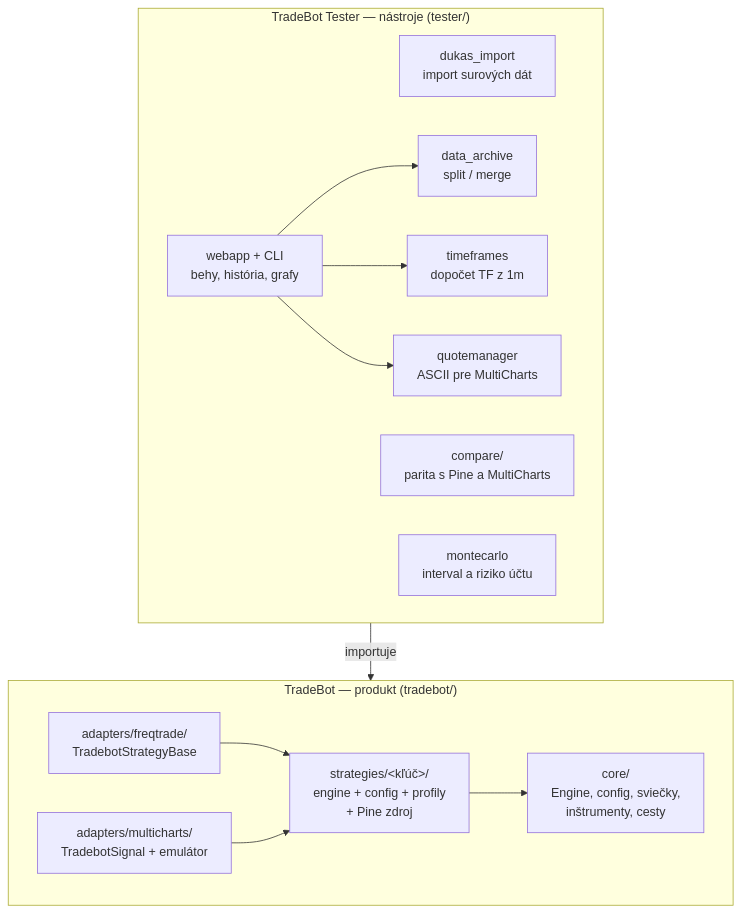
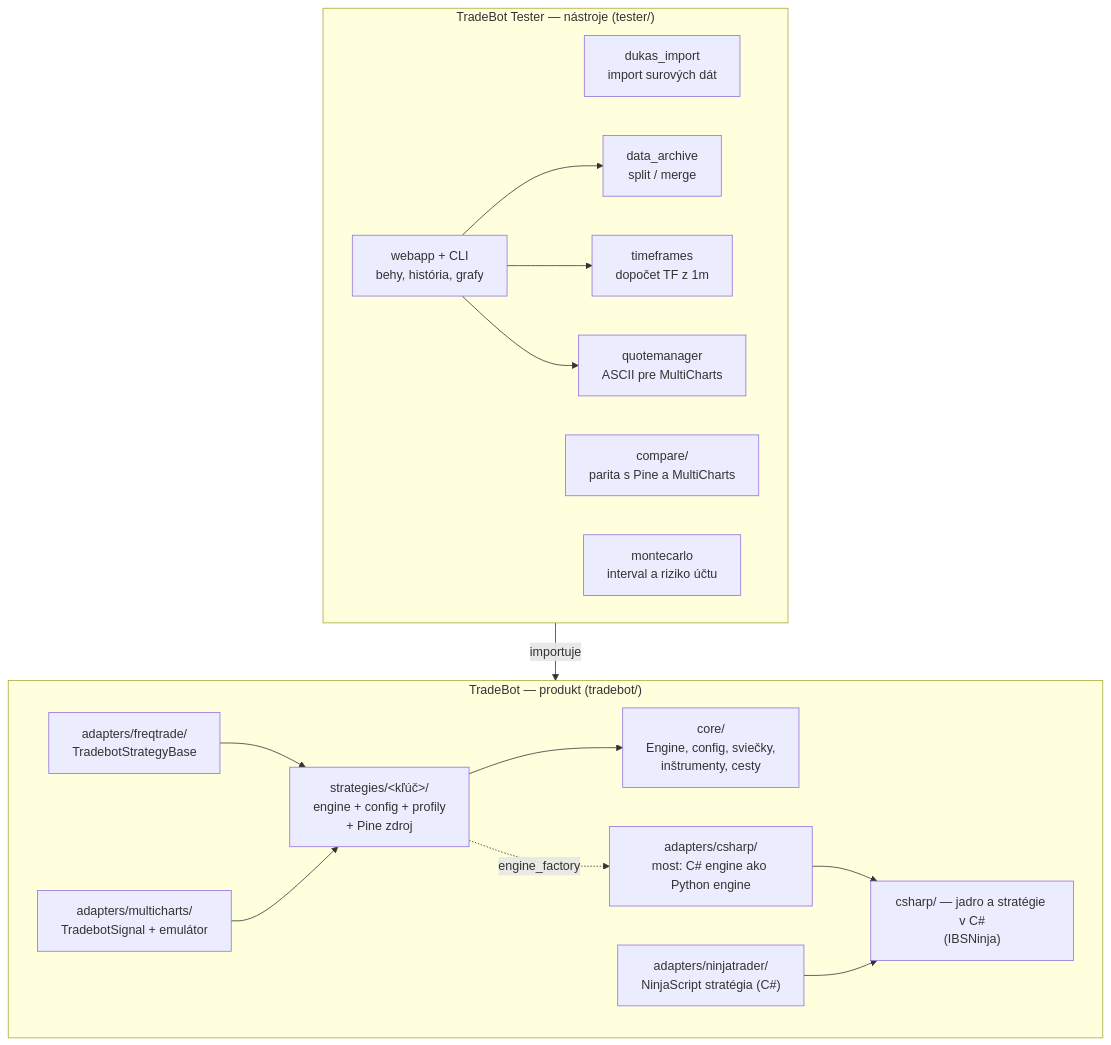
Before and after one commit to materko/imbalance_strategy: the first of 3 diagrams in docs/ARCHITEKTURA.md, drawn with Mermaid. The commit also changed other lines of this file and 80 other files, not shown here.

First line of the commit message:
Zdokumentuj C# jadro a NinjaTrader vetvu, zmeraj paritu IBSNinja s IBS a pridaj jej analytiku

````diff
--- a/docs/ARCHITEKTURA.md
+++ b/docs/ARCHITEKTURA.md
@@ -12,27 +12,33 @@
 ```mermaid
 flowchart TB
     subgraph P["TradeBot — produkt (tradebot/)"]
         core["core/<br/>Engine, config, sviečky,<br/>inštrumenty, cesty"]
         strat["strategies/&lt;kľúč&gt;/<br/>engine + config + profily<br/>+ Pine zdroj"]
         ft["adapters/freqtrade/<br/>TradebotStrategyBase"]
         mc["adapters/multicharts/<br/>TradebotSignal + emulátor"]
+        cs["csharp/ — jadro a stratégie v C#<br/>(IBSNinja)"]
+        bridge["adapters/csharp/<br/>most: C# engine ako Python engine"]
+        nt["adapters/ninjatrader/<br/>NinjaScript stratégia (C#)"]
         strat --> core
         ft --> strat
         mc --> strat
+        strat -.->|"engine_factory"| bridge
+        bridge --> cs
+        nt --> cs
     end
 
     subgraph T["TradeBot Tester — nástroje (tester/)"]
         imp["dukas_import<br/>import surových dát"]
         arch["data_archive<br/>split / merge"]
         tf["timeframes<br/>dopočet TF z 1m"]
         qm["quotemanager<br/>ASCII pre MultiCharts"]
         web["webapp + CLI<br/>behy, história, grafy"]
         cmp["compare/<br/>parita s Pine a MultiCharts"]
         mcarlo["montecarlo<br/>interval a riziko účtu"]
     end
 
     T -->|"importuje"| P
     web --> arch
     web --> tf
     web --> qm
 ```
````
